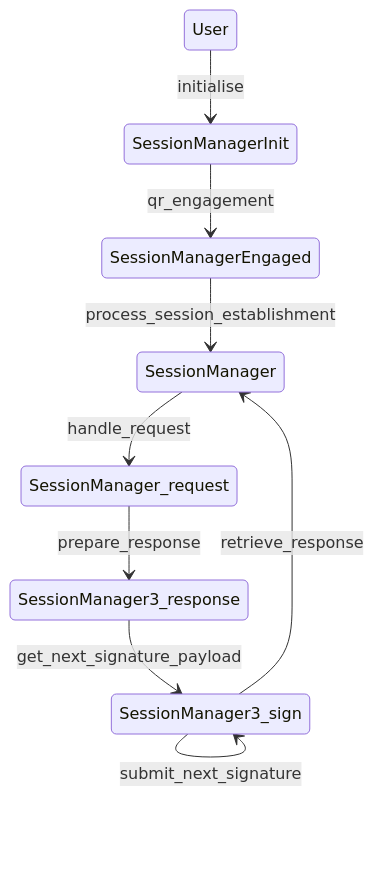
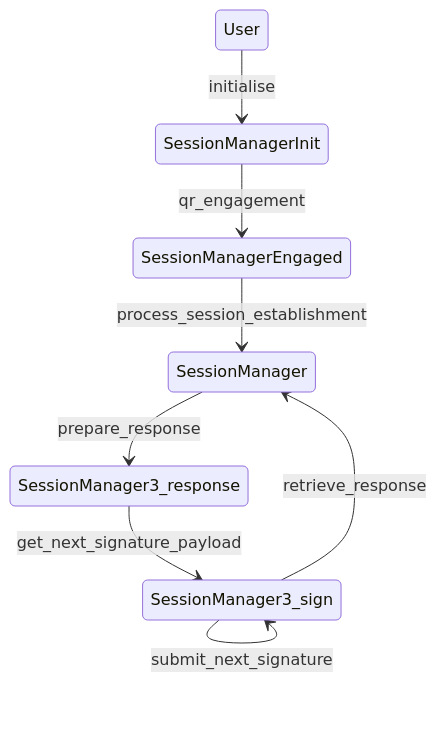
The second of 3 diagrams in README.md (spruceid/isomdl), drawn with Mermaid before and after one commit.

````diff
--- a/README.md
+++ b/README.md
@@ -72,11 +72,10 @@
 ```mermaid
 stateDiagram
     User --> SessionManagerInit: initialise
     SessionManagerInit --> SessionManagerEngaged: qr_engagement
     SessionManagerEngaged --> SessionManager: process_session_establishment
-    SessionManager --> SessionManager_request: handle_request
-    SessionManager_request --> SessionManager3_response: prepare_response
+    SessionManager --> SessionManager3_response: prepare_response
     SessionManager3_response --> SessionManager3_sign: get_next_signature_payload
     SessionManager3_sign --> SessionManager3_sign: submit_next_signature
     SessionManager3_sign --> SessionManager: retrieve_response
 ```
````
